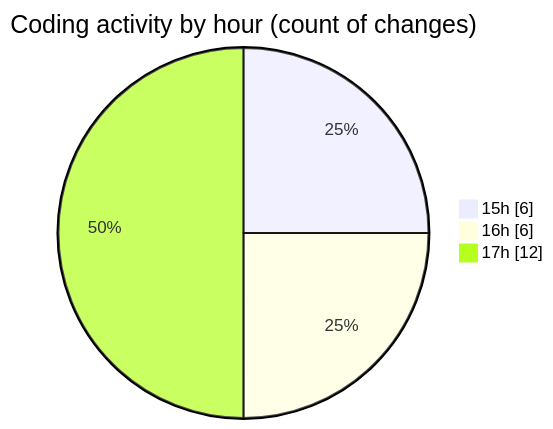
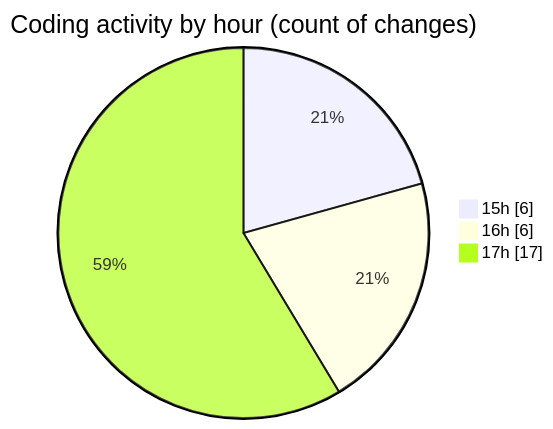
Before and after one commit to momahboobian/code-tracking: the second of 2 diagrams in 2025-03-25/samplepdf/README.md, drawn with Mermaid. The commit also changed other lines of this file and 1 other file, not shown here.

````diff
--- a/2025-03-25/samplepdf/README.md
+++ b/2025-03-25/samplepdf/README.md
@@ -31,7 +31,7 @@
 ```mermaid
 pie showData
 title Coding activity by hour (count of changes)
 "15h" : 6
 "16h" : 6
-"17h" : 12
+"17h" : 17
 ```
````
